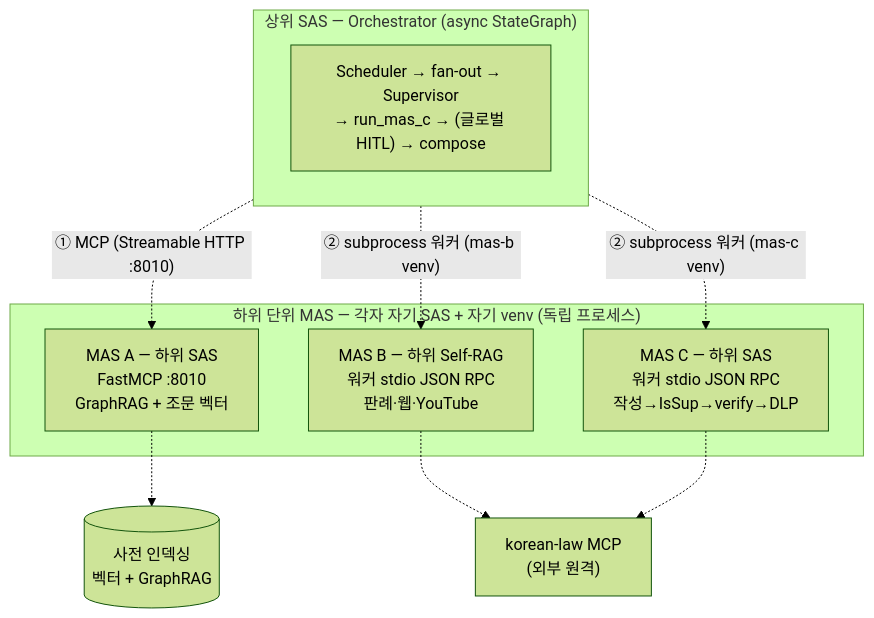
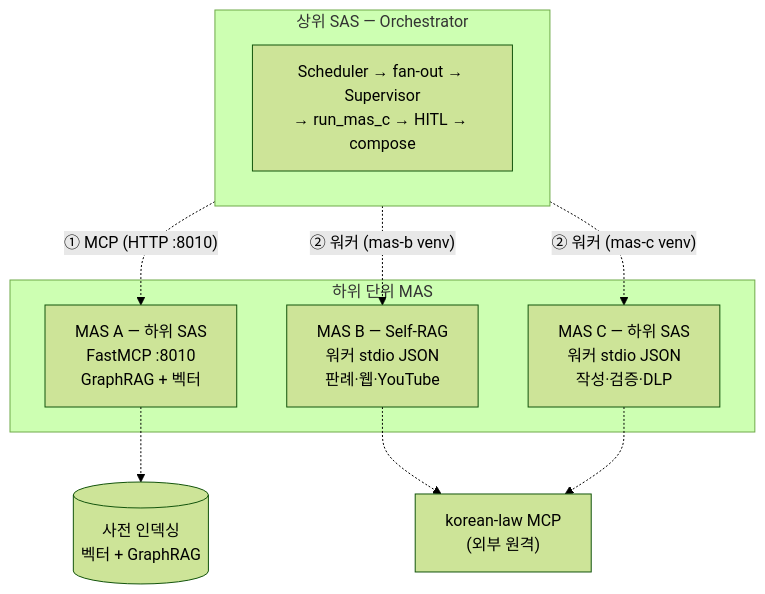
The second of 2 diagrams in hands-on/16.mas/patent-mas/orchestrator/README.md (cna-bootcamp/aistudy), drawn with Mermaid (forest theme) before and after one commit. The commit also changed other lines of this file and 6 other files, not shown here.

````diff
--- a/hands-on/16.mas/patent-mas/orchestrator/README.md
+++ b/hands-on/16.mas/patent-mas/orchestrator/README.md
@@ -69,20 +96,20 @@
 ```mermaid
 flowchart TB
-    subgraph UPPER["상위 SAS — Orchestrator (async StateGraph)"]
-        ORCH["Scheduler → fan-out → Supervisor<br/>→ run_mas_c → (글로벌 HITL) → compose"]
+    subgraph UPPER["상위 SAS — Orchestrator"]
+        ORCH["Scheduler → fan-out → Supervisor<br/>→ run_mas_c → HITL → compose"]
     end
 
-    UPPER -.->|"① MCP (Streamable HTTP :8010)"| MASA
-    UPPER -.->|"② subprocess 워커 (mas-b venv)"| MASB
-    UPPER -.->|"② subprocess 워커 (mas-c venv)"| MASC
+    UPPER -.->|"① MCP (HTTP :8010)"| MASA
+    UPPER -.->|"② 워커 (mas-b venv)"| MASB
+    UPPER -.->|"② 워커 (mas-c venv)"| MASC
 
-    subgraph LOWER["하위 단위 MAS — 각자 자기 SAS + 자기 venv (독립 프로세스)"]
-        MASA["MAS A — 하위 SAS<br/>FastMCP :8010<br/>GraphRAG + 조문 벡터"]
-        MASB["MAS B — 하위 Self-RAG<br/>워커 stdio JSON RPC<br/>판례·웹·YouTube"]
-        MASC["MAS C — 하위 SAS<br/>워커 stdio JSON RPC<br/>작성→IsSup→verify→DLP"]
+    subgraph LOWER["하위 단위 MAS"]
+        MASA["MAS A — 하위 SAS<br/>FastMCP :8010<br/>GraphRAG + 벡터"]
+        MASB["MAS B — Self-RAG<br/>워커 stdio JSON<br/>판례·웹·YouTube"]
+        MASC["MAS C — 하위 SAS<br/>워커 stdio JSON<br/>작성·검증·DLP"]
     end
 
     MASA -.-> IDX[("사전 인덱싱<br/>벡터 + GraphRAG")]
     MASB -.-> KL["korean-law MCP<br/>(외부 원격)"]
     MASC -.-> KL
 ```
````
